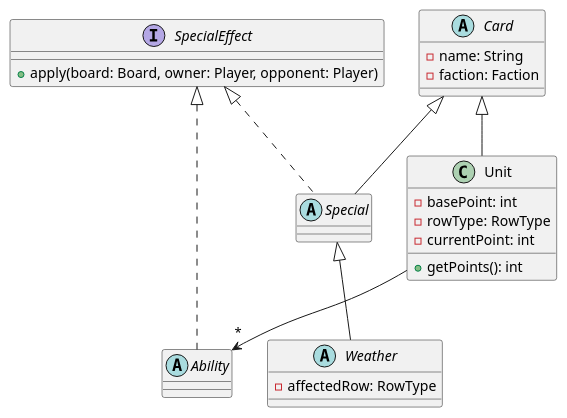
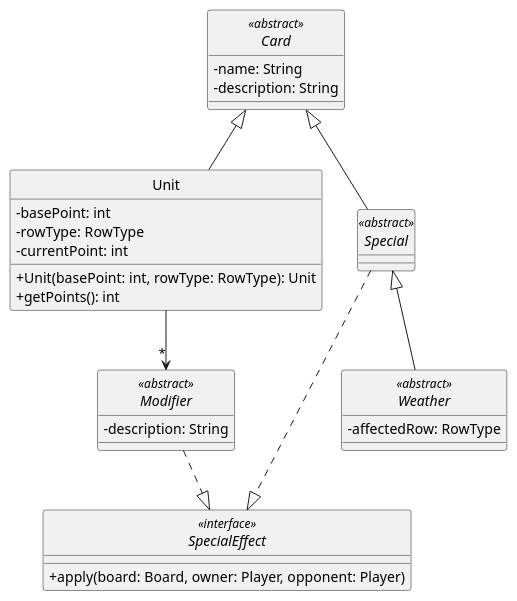
One commit to Yonhir/algo3_proyecto_base_tp2 changed the diagram in diagrams/classes/cards.plantuml. Above: the diagram before and after it, drawn with PlantUML.

Commit message:
Update Cards Diagram

```diff
--- a/diagrams/classes/cards.plantuml
+++ b/diagrams/classes/cards.plantuml
@@ -1,57 +1,51 @@
 @startuml
 
-' =====================
-' INTERFACES
-' =====================
-interface SpecialEffect {
-  +apply(board: Board, owner: Player, opponent: Player)
-}
+skinparam monochrome true
+hide circle
+skinparam classAttributeIconSize 0
 
 ' =====================
 ' CARD HIERARCHY
 ' =====================
-abstract class Card {
+interface SpecialEffect <<interface>> {
+  +apply(board: Board, owner: Player, opponent: Player)
+}
+
+abstract class Card <<abstract>> {
   -name: String
-  -faction: Faction
-  
+  -description: String
 }
 
 class Unit {
   -basePoint: int
   -rowType: RowType
   -currentPoint: int
+  +Unit(basePoint: int, rowType: RowType): Unit
   +getPoints(): int
 }
 
-abstract class Special {
-
+abstract class Special <<abstract>> {
 }
 
-abstract class Weather {
+abstract class Weather <<abstract>> {
   -affectedRow: RowType
 }
 
-abstract class Ability {
+abstract class Modifier <<abstract>> {
+  -description: String
 }
 
 
 ' =====================
 ' RELATIONSHIPS
 ' =====================
 
 Card <|-- Unit
-
 Card <|-- Special
-
-Unit --> "*" Ability
-
 Special <|-- Weather
 
-SpecialEffect <|.. Special
-
-SpecialEffect <|.. Ability
-
-
-
+Unit --> "*" Modifier
+Modifier ..|> SpecialEffect
+Special ..|> SpecialEffect
 
 @enduml
```
